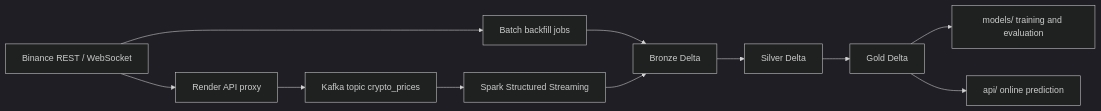
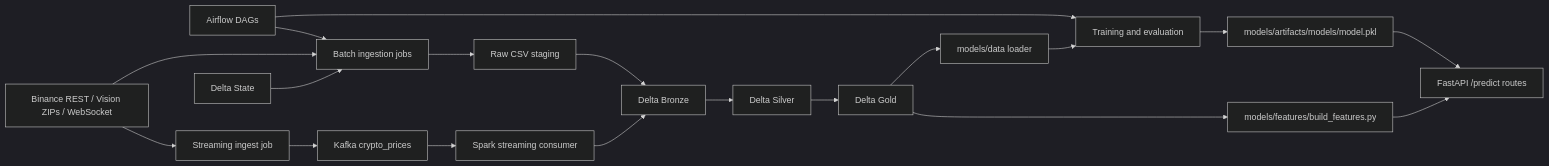
One commit to lakshaykun/CryptoQuant changed the diagram in data_platform/docs/architecture.md. Above: the diagram before and after it, drawn with Mermaid (dark theme). The commit also changed other lines of this file and 33 other files, not shown here.

Commit message:
model_training_pipeline created with local dumping of  model

````diff
--- a/data_platform/docs/architecture.md
+++ b/data_platform/docs/architecture.md
@@ -7,13 +7,27 @@
 ```mermaid
 flowchart LR
-    A[Binance REST / WebSocket] --> B[Render API proxy]
-    A --> C[Batch backfill jobs]
-    B --> D[Kafka topic crypto_prices]
-    C --> E[Bronze Delta]
-    D --> F[Spark Structured Streaming]
-    F --> E
-    E --> G[Silver Delta]
-    G --> H[Gold Delta]
-    H --> I[models/ training and evaluation]
-    H --> J[api/ online prediction]
+    Binance[Binance REST / Vision ZIPs / WebSocket]
+    Airflow[Airflow DAGs]
+    BatchJobs[Batch ingestion jobs]
+    StreamJob[Streaming ingest job]
+    Kafka[Kafka crypto_prices]
+    SparkStream[Spark streaming consumer]
+    RawStage[Raw CSV staging]
+    Bronze[Delta Bronze]
+    Silver[Delta Silver]
+    Gold[Delta Gold]
+    State[Delta State]
+    ModelData[models/data loader]
+    Train[Training and evaluation]
+    ModelArtifact[models/artifacts/models/model.pkl]
+    FeatureBuild[models/features/build_features.py]
+    API[FastAPI /predict routes]
+
+    Airflow --> BatchJobs
+    Airflow --> Train
+
+    Binance --> BatchJobs --> RawStage --> Bronze --> Silver --> Gold --> ModelData --> Train --> ModelArtifact --> API
+    Binance --> StreamJob --> Kafka --> SparkStream --> Bronze
+    Gold --> FeatureBuild --> API
+    State --> BatchJobs
 ```
````
